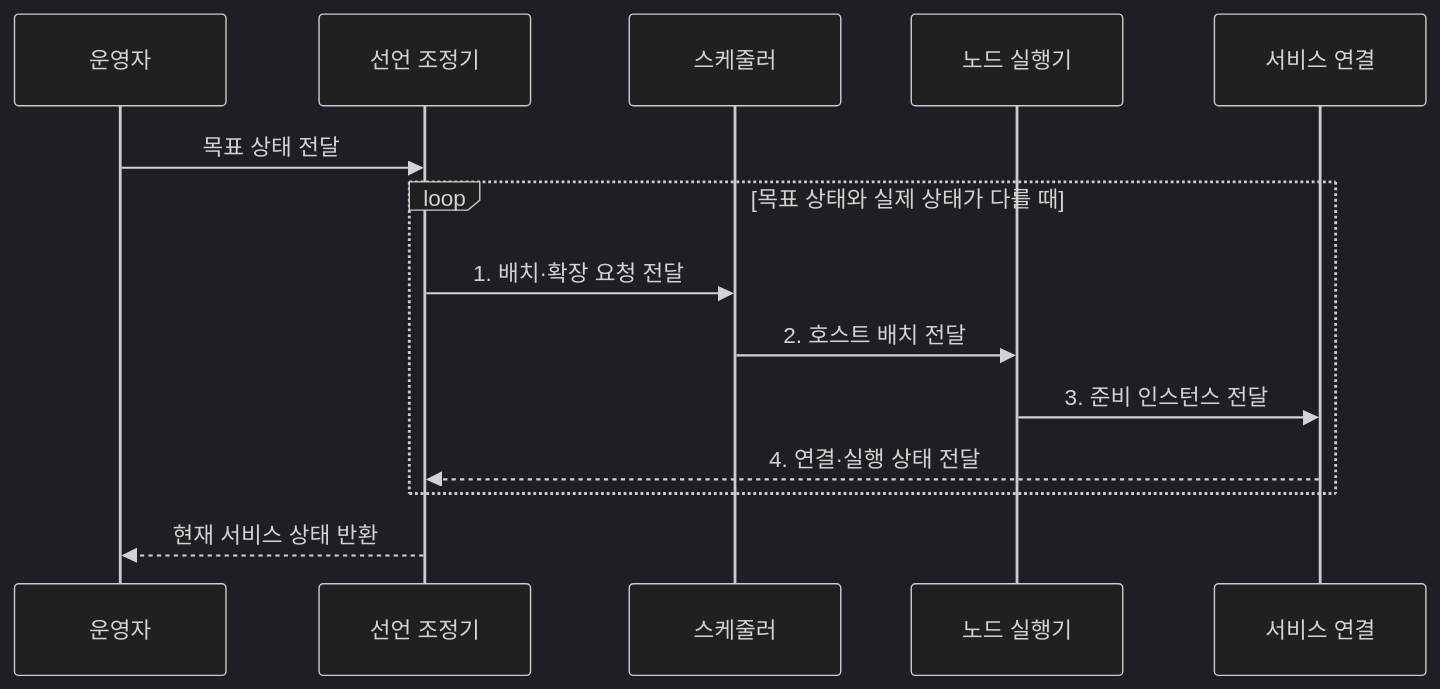
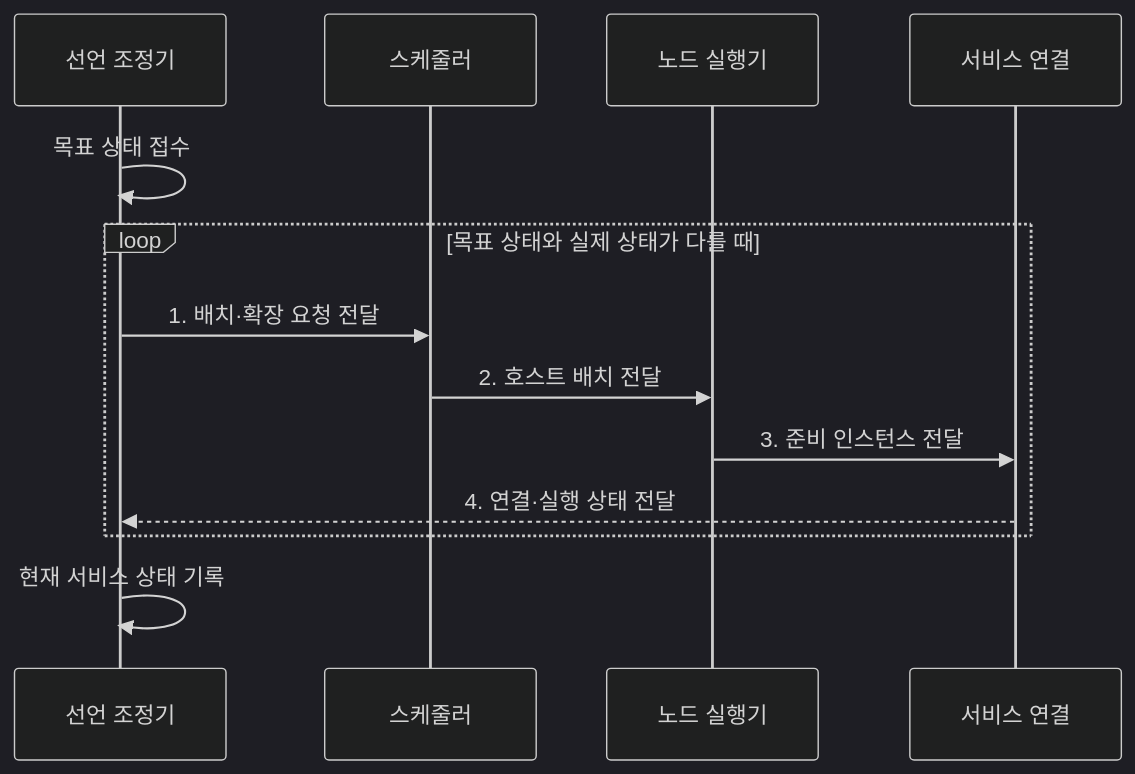
Before and after one commit to agnusdei1207/knowledge-base: the second of 2 diagrams in src/content/docs/notes/08-latest-tech/159_container_orchestration.md, drawn with Mermaid (dark theme). The commit also changed 9 other files, not shown here.

Commit message:
Simplify distributed platform flows

````diff
--- a/src/content/docs/notes/08-latest-tech/159_container_orchestration.md
+++ b/src/content/docs/notes/08-latest-tech/159_container_orchestration.md
@@ -102,16 +102,15 @@
 ```mermaid
 sequenceDiagram
-    participant U as 운영자
     participant R as 선언 조정기
     participant S as 스케줄러
     participant N as 노드 실행기
     participant D as 서비스 연결
-    U->>R: 목표 상태 전달
+    R->>R: 목표 상태 접수
     loop 목표 상태와 실제 상태가 다를 때
         R->>S: 1. 배치·확장 요청 전달
         S->>N: 2. 호스트 배치 전달
         N->>D: 3. 준비 인스턴스 전달
         D-->>R: 4. 연결·실행 상태 전달
     end
-    R-->>U: 현재 서비스 상태 반환
+    R->>R: 현재 서비스 상태 기록
 ```
````
